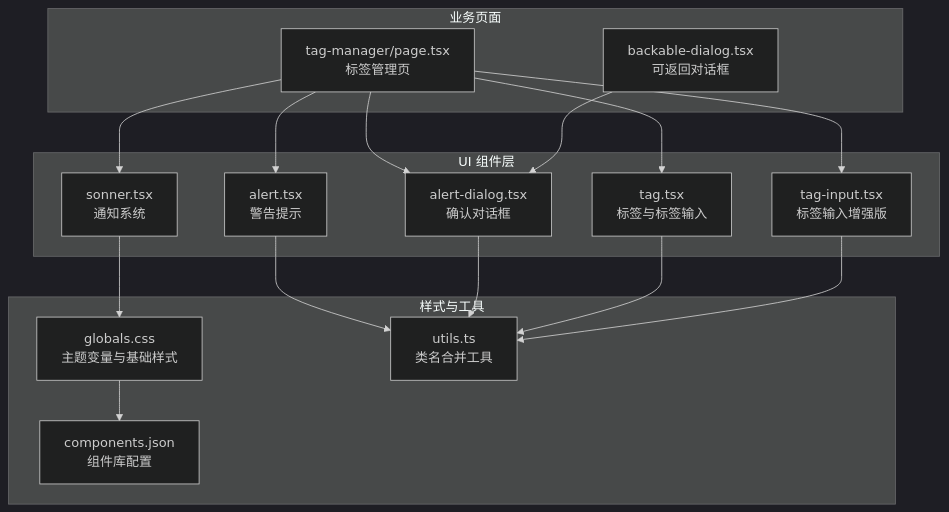
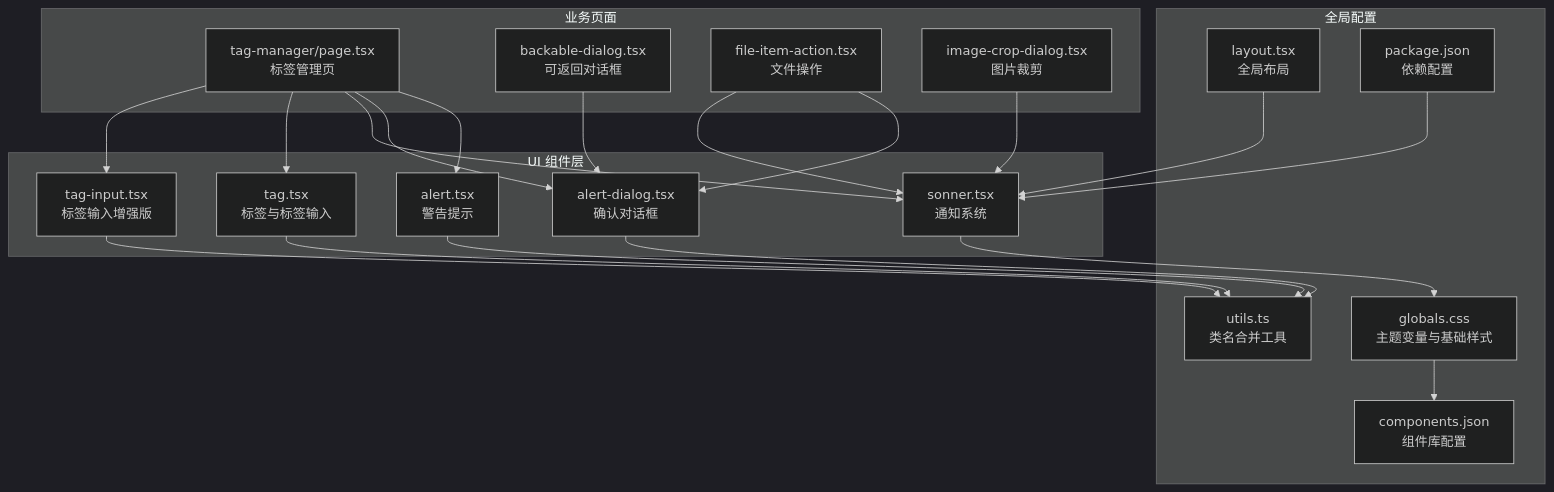
One commit to RadiumAg/image-saas changed the first of 8 diagrams in .qoder/repowiki/zh/content/前端组件架构/UI 组件库/反馈组件.md. Above: the diagram before and after it, drawn with Mermaid (dark theme). The commit also changed other lines of this file and 4 other files, not shown here.

````diff
--- a/.qoder/repowiki/zh/content/前端组件架构/UI 组件库/反馈组件.md
+++ b/.qoder/repowiki/zh/content/前端组件架构/UI 组件库/反馈组件.md
@@ -35,31 +50,40 @@
 ```mermaid
 graph TB
 subgraph "UI 组件层"
 A["alert.tsx<br/>警告提示"]
 B["alert-dialog.tsx<br/>确认对话框"]
 C["sonner.tsx<br/>通知系统"]
 D["tag.tsx<br/>标签与标签输入"]
 E["tag-input.tsx<br/>标签输入增强版"]
 end
 subgraph "业务页面"
 F["tag-manager/page.tsx<br/>标签管理页"]
 G["backable-dialog.tsx<br/>可返回对话框"]
+H["file-item-action.tsx<br/>文件操作"]
+I["image-crop-dialog.tsx<br/>图片裁剪"]
 end
-subgraph "样式与工具"
-H["globals.css<br/>主题变量与基础样式"]
-I["utils.ts<br/>类名合并工具"]
-J["components.json<br/>组件库配置"]
+subgraph "全局配置"
+J["layout.tsx<br/>全局布局"]
+K["globals.css<br/>主题变量与基础样式"]
+L["utils.ts<br/>类名合并工具"]
+M["components.json<br/>组件库配置"]
+N["package.json<br/>依赖配置"]
 end
 F --> A
 F --> B
 F --> C
 F --> D
 F --> E
 G --> B
-A --> I
-B --> I
-C --> H
-D --> I
-E --> I
-H --> J
+H --> B
+H --> C
+I --> C
+J --> C
+A --> L
+B --> L
+C --> K
+D --> L
+E --> L
+K --> M
+N --> C
 ```
````
